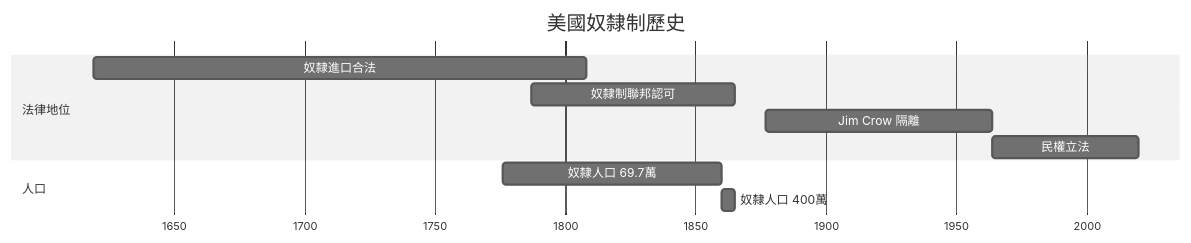
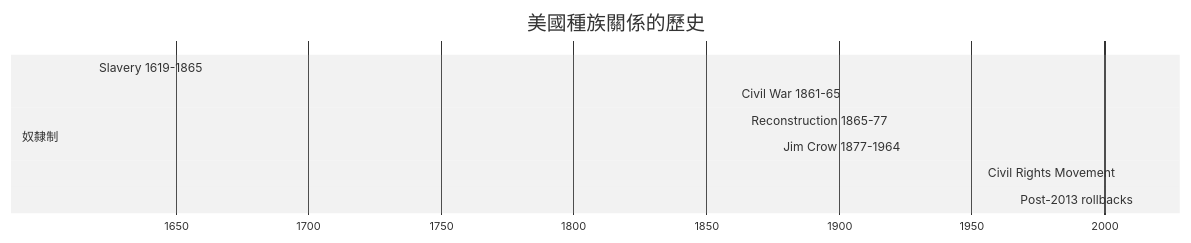
One commit to yip-lgtm/HKU-Harvard-History-Self-Study changed the fourth of 5 diagrams in 01_HKU_Courses/HIST1025_Introduction_to_the_United_States.md. Above: the diagram before and after it, drawn with Mermaid (neutral theme). The commit also changed other lines of this file and 25 other files, not shown here.

````diff
--- a/01_HKU_Courses/HIST1025_Introduction_to_the_United_States.md
+++ b/01_HKU_Courses/HIST1025_Introduction_to_the_United_States.md
@@ -240,14 +112,14 @@
 ```mermaid
 gantt
-    title 美國奴隸制歷史
-    dateFormat  YYYY
-    axisFormat  %Y
-    section 法律地位
-    奴隸進口合法    :1619, 1808
-    奴隸制聯邦認可    :1787, 1865
-    Jim Crow 隔離    :1877, 1964
-    民權立法    :1964, 2020
-    section 人口
-    奴隸人口 69.7萬    :1776, 1860
-    奴隸人口 400萬    :1860, 1865
+    title 美國種族關係的歷史
+    dateFormat YYYY
+    axisFormat %Y
+    
+    section 奴隸制
+    Slavery 1619-1865         :active1, 1619, 246年
+    Civil War 1861-65          :active2, 1861, 4年
+    Reconstruction 1865-77     :active3, 1865, 12年
+    Jim Crow 1877-1964         :active4, 1877, 87年
+    Civil Rights Movement      :active5, 1954, 14年
+    Post-2013 rollbacks        :active6, 2013, 12年
 ```
````
